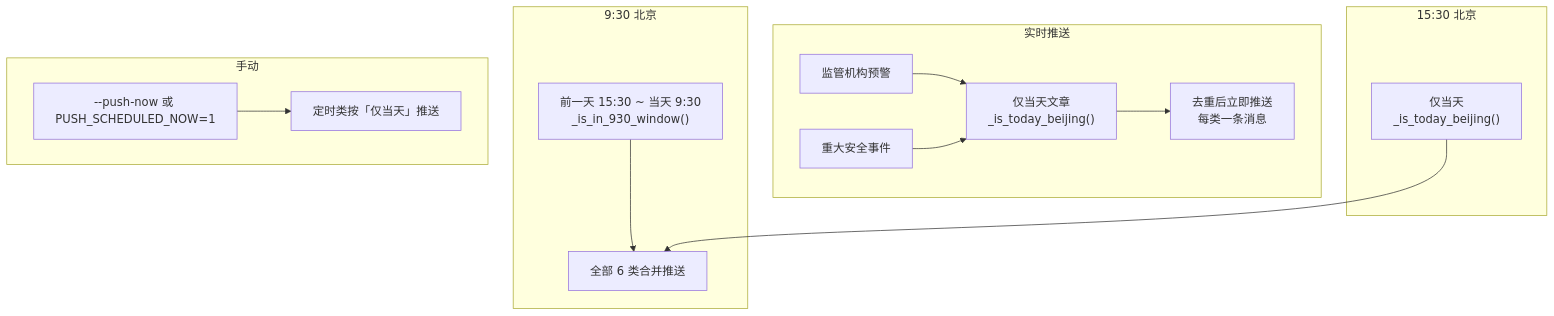
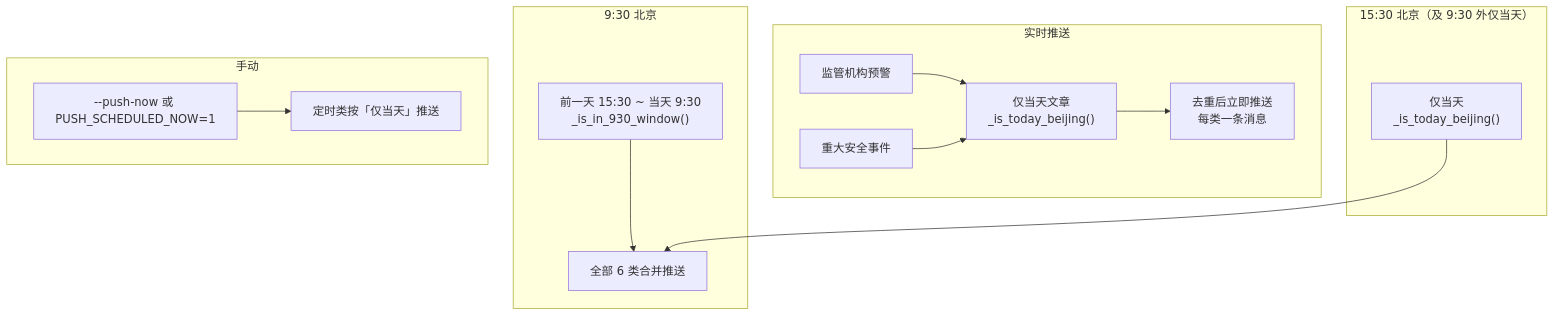
Before and after one commit to qinxiaoxia/eason727: the seventh of 8 diagrams in rss-wechat-pusher/部署流程图.md, drawn with Mermaid. The commit also changed other lines of this file and 9 other files, not shown here.

````diff
--- a/rss-wechat-pusher/部署流程图.md
+++ b/rss-wechat-pusher/部署流程图.md
@@ -203,25 +203,25 @@
 ```mermaid
 flowchart TD
     subgraph 实时推送
         R1["监管机构预警"]
         R2["重大安全事件"]
         R1 --> R3["仅当天文章<br/>_is_today_beijing()"]
         R2 --> R3
         R3 --> R4["去重后立即推送<br/>每类一条消息"]
     end
 
     subgraph 定时推送_930["9:30 北京"]
         T1["前一天 15:30 ~ 当天 9:30<br/>_is_in_930_window()"]
         T1 --> T3["全部 6 类合并推送"]
     end
 
-    subgraph 定时推送_1530["15:30 北京"]
+    subgraph 定时推送_1530["15:30 北京（及 9:30 外仅当天）"]
         T2["仅当天<br/>_is_today_beijing()"]
         T2 --> T3
     end
 
     subgraph 手动
         M1["--push-now 或 PUSH_SCHEDULED_NOW=1"]
         M1 --> M2["定时类按「仅当天」推送"]
     end
 ```
````
